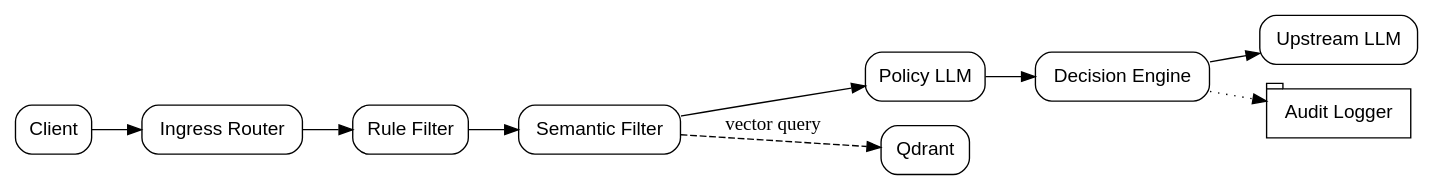
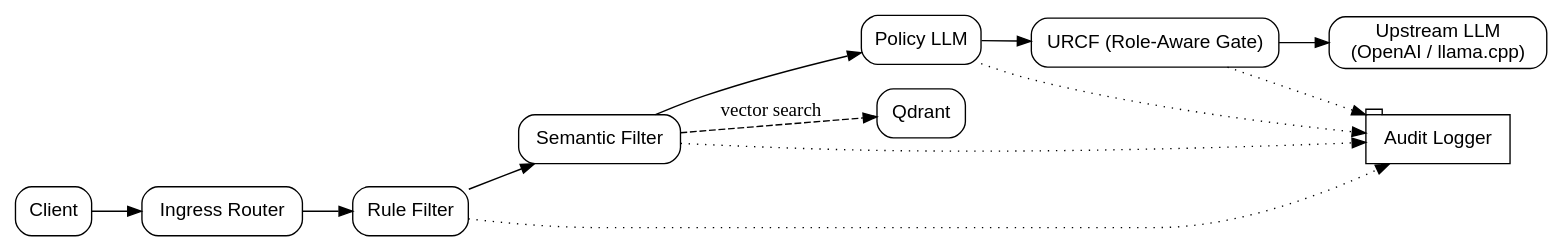
Before and after one commit to deepeshguru/guardrail-llm: the diagram in diagrams/architecture.dot, drawn with Graphviz. The commit also changed 34 other files, not shown here.

```diff
--- a/diagrams/architecture.dot
+++ b/diagrams/architecture.dot
@@ -1,13 +1,21 @@
 digraph guardrail_arch {
-    rankdir=LR; node [shape=box, style=rounded, fontname=Helvetica];
+    rankdir=LR;
+    node [shape=box, style=rounded, fontname=Helvetica];
+
     Client -> "Ingress Router";
+
     "Ingress Router" -> "Rule Filter";
     "Rule Filter" -> "Semantic Filter";
     "Semantic Filter" -> "Policy LLM";
-    "Policy LLM" -> "Decision Engine";
-    "Decision Engine" -> "Upstream LLM";
+    "Policy LLM" -> "URCF (Role-Aware Gate)";
+    "URCF (Role-Aware Gate)" -> "Upstream LLM\n(OpenAI / llama.cpp)";
+
     // side channels
-    "Semantic Filter" -> Qdrant [label=" vector query ", style=dashed];
+    "Semantic Filter" -> Qdrant [label="vector search", style=dashed];
+
     "Audit Logger" [shape=tab];
-    "Decision Engine" -> "Audit Logger" [style=dotted];
+    "Rule Filter"       -> "Audit Logger" [style=dotted];
+    "Semantic Filter"   -> "Audit Logger" [style=dotted];
+    "Policy LLM"        -> "Audit Logger" [style=dotted];
+    "URCF (Role-Aware Gate)" -> "Audit Logger" [style=dotted];
 }
```
